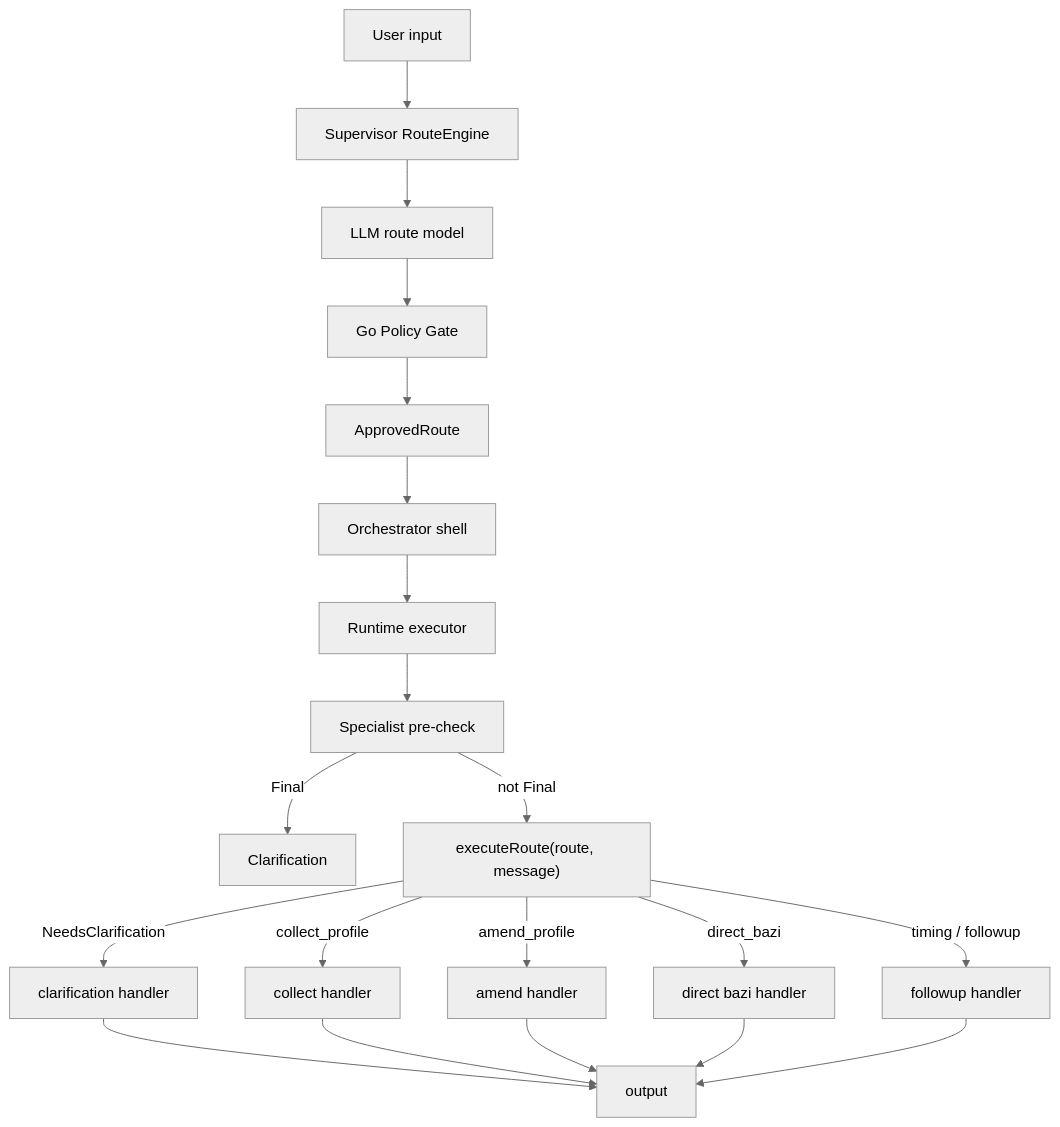
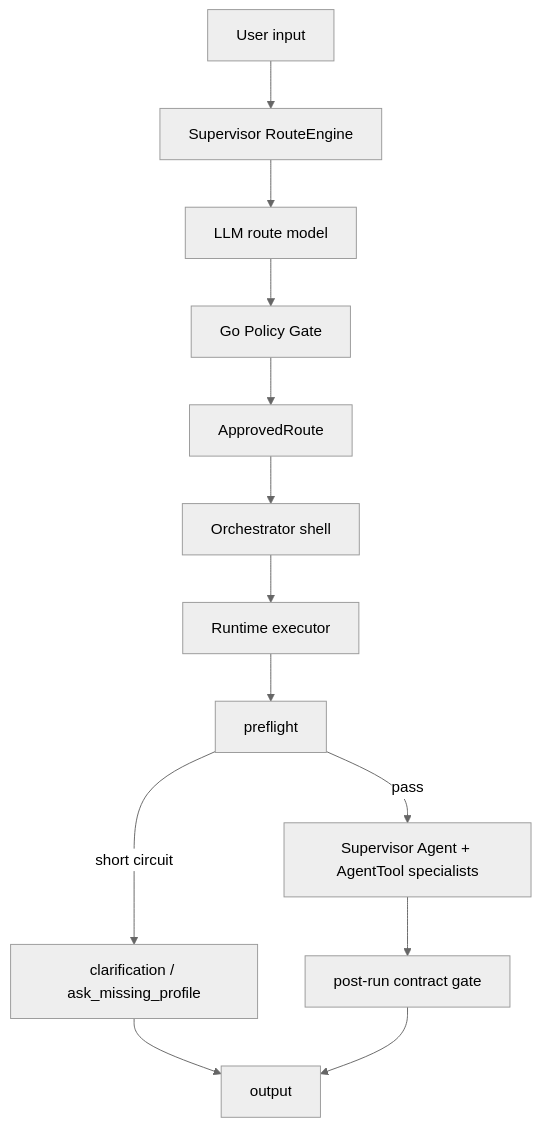
One commit to observer-mimiron/suanming-agent changed the first of 3 diagrams in docs/architecture/supervisor/01-overview.md. Above: the diagram before and after it, drawn with Mermaid (neutral theme). The commit also changed other lines of this file and 102 other files, not shown here.

````diff
--- a/docs/architecture/supervisor/01-overview.md
+++ b/docs/architecture/supervisor/01-overview.md
@@ -11,22 +11,15 @@
 ```mermaid
 flowchart TD
     U["User input"] --> RE["Supervisor RouteEngine"]
     RE --> S["LLM route model"]
     S --> G["Go Policy Gate"]
     G --> AR["ApprovedRoute"]
     AR --> OR["Orchestrator shell"]
     OR --> RT["Runtime executor"]
-    RT --> SP["Specialist pre-check"]
-    SP -->|Final| C["Clarification"]
-    SP -->|not Final| EX["executeRoute(route, message)"]
-    EX -->|NeedsClarification| CL["clarification handler"]
-    EX -->|collect_profile| CP["collect handler"]
-    EX -->|amend_profile| AP["amend handler"]
-    EX -->|direct_bazi| DB["direct bazi handler"]
-    EX -->|timing / followup| FU["followup handler"]
-    CL --> O["output"]
-    CP --> O
-    AP --> O
-    DB --> O
-    FU --> O
+    RT --> PF["preflight"]
+    PF -->|short circuit| C["clarification / ask_missing_profile"]
+    PF -->|pass| AG["Supervisor Agent + AgentTool specialists"]
+    AG --> VG["post-run contract gate"]
+    C --> O["output"]
+    VG --> O
 ```
````
